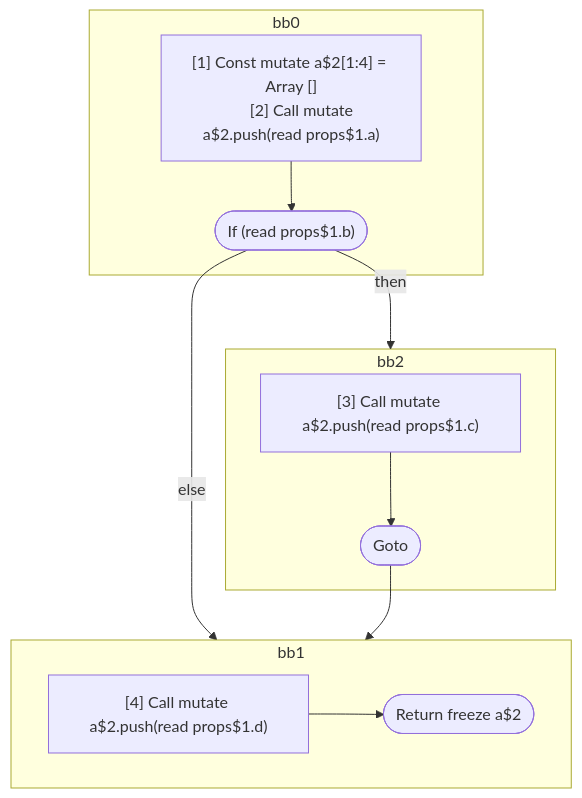
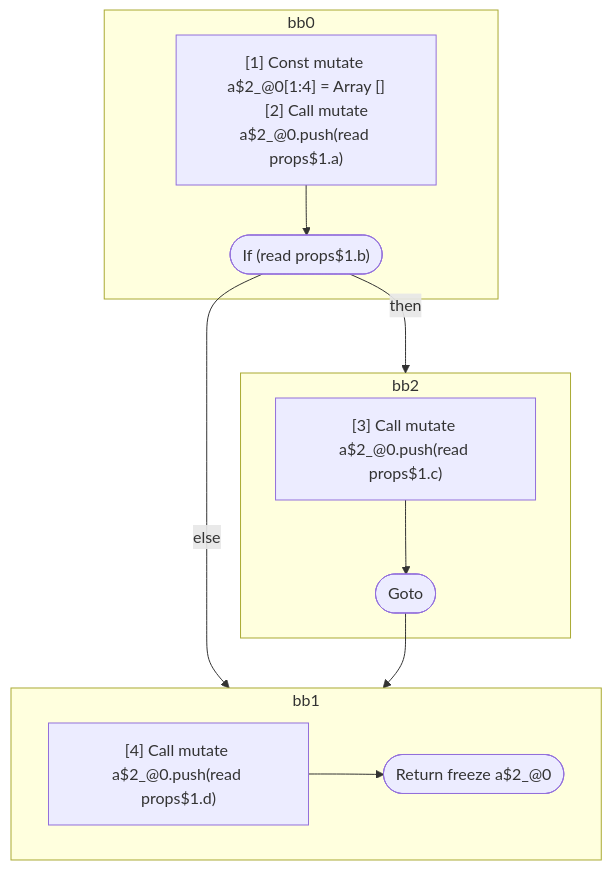
One commit to wutsmog/private changed the second of 5 diagrams in compiler/forget/src/__tests__/fixtures/hir/conditional-break.expect.md. Above: the diagram before and after it, drawn with Mermaid. The commit also changed other lines of this file and 60 other files, not shown here.

````diff
--- a/compiler/forget/src/__tests__/fixtures/hir/conditional-break.expect.md
+++ b/compiler/forget/src/__tests__/fixtures/hir/conditional-break.expect.md
@@ -159,29 +159,29 @@
 ```mermaid
 flowchart TB
   %% Basic Blocks
   subgraph bb0
     bb0_instrs["
-      [1] Const mutate a$2[1:4] = Array []
-      [2] Call mutate a$2.push(read props$1.a)
+      [1] Const mutate a$2_@0[1:4] = Array []
+      [2] Call mutate a$2_@0.push(read props$1.a)
     "]
     bb0_instrs --> bb0_terminal(["If (read props$1.b)"])
   end
   subgraph bb2
     bb2_instrs["
-      [3] Call mutate a$2.push(read props$1.c)
+      [3] Call mutate a$2_@0.push(read props$1.c)
     "]
     bb2_instrs --> bb2_terminal(["Goto"])
   end
   subgraph bb1
     bb1_instrs["
-      [4] Call mutate a$2.push(read props$1.d)
+      [4] Call mutate a$2_@0.push(read props$1.d)
     "]
-    bb1_instrs --> bb1_terminal(["Return freeze a$2"])
+    bb1_instrs --> bb1_terminal(["Return freeze a$2_@0"])
   end
 
   %% Jumps
   bb0_terminal -- then --> bb2
   bb0_terminal -- else --> bb1
   bb2_terminal --> bb1
 
 ```
````
